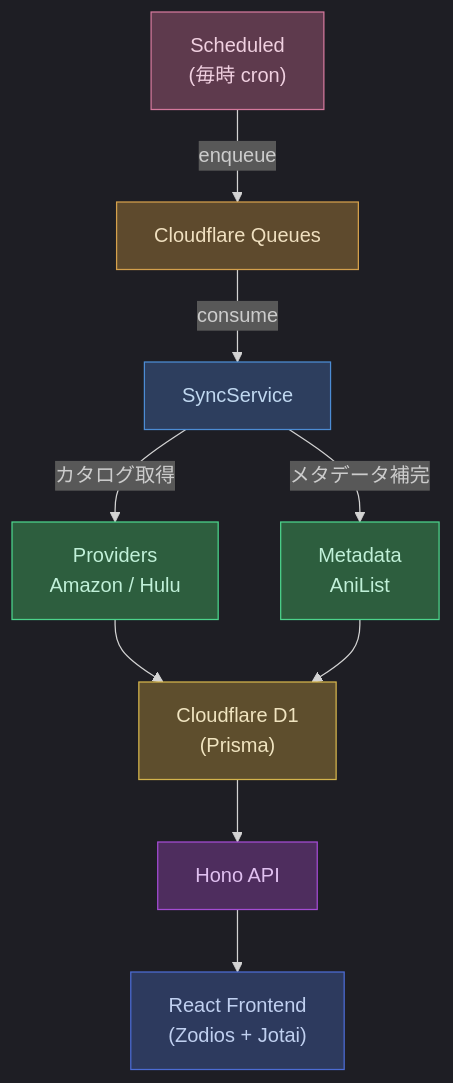
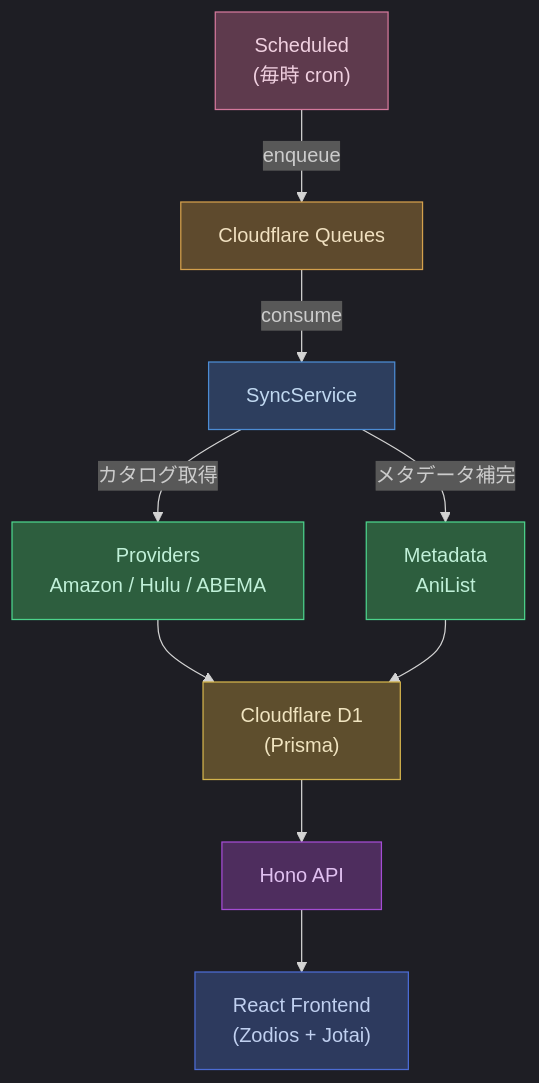
One commit to tkgstrator/anime-tracker changed the first of 5 diagrams in README.ja.md. Above: the diagram before and after it, drawn with Mermaid. The commit also changed other lines of this file, not shown here.

Commit message:
docs: add ABEMA provider support to Japanese README

````diff
--- a/README.ja.md
+++ b/README.ja.md
@@ -85,24 +86,24 @@
 ```mermaid
 %%{init: {'theme': 'dark'}}%%
 graph TD
     Cron["Scheduled<br/>(毎時 cron)"] -->|enqueue| Queue["Cloudflare Queues"]
     Queue -->|consume| Sync["SyncService"]
 
-    Sync -->|カタログ取得| Providers["Providers<br/>Amazon / Hulu"]
+    Sync -->|カタログ取得| Providers["Providers<br/>Amazon / Hulu / ABEMA"]
     Sync -->|メタデータ補完| Metadata["Metadata<br/>AniList"]
 
     Providers --> DB["Cloudflare D1<br/>(Prisma)"]
     Metadata --> DB
 
     DB --> API["Hono API"]
     API --> Frontend["React Frontend<br/>(Zodios + Jotai)"]
 
     style Cron fill:#5e3a4d,stroke:#d4789c,color:#f0d0e0
     style Queue fill:#5e4a2d,stroke:#d4a04c,color:#f0e0c0
     style Sync fill:#2d3e5e,stroke:#4c8cd4,color:#c0d8f0
     style Providers fill:#2d5e3e,stroke:#4cd48c,color:#c0f0d8
     style Metadata fill:#2d5e3e,stroke:#4cd48c,color:#c0f0d8
     style DB fill:#5e4e2d,stroke:#d4b44c,color:#f0e4c0
     style API fill:#4e2d5e,stroke:#a44cd4,color:#e0c0f0
     style Frontend fill:#2d3a5e,stroke:#4c6cd4,color:#c0d0f0
 ```
````
